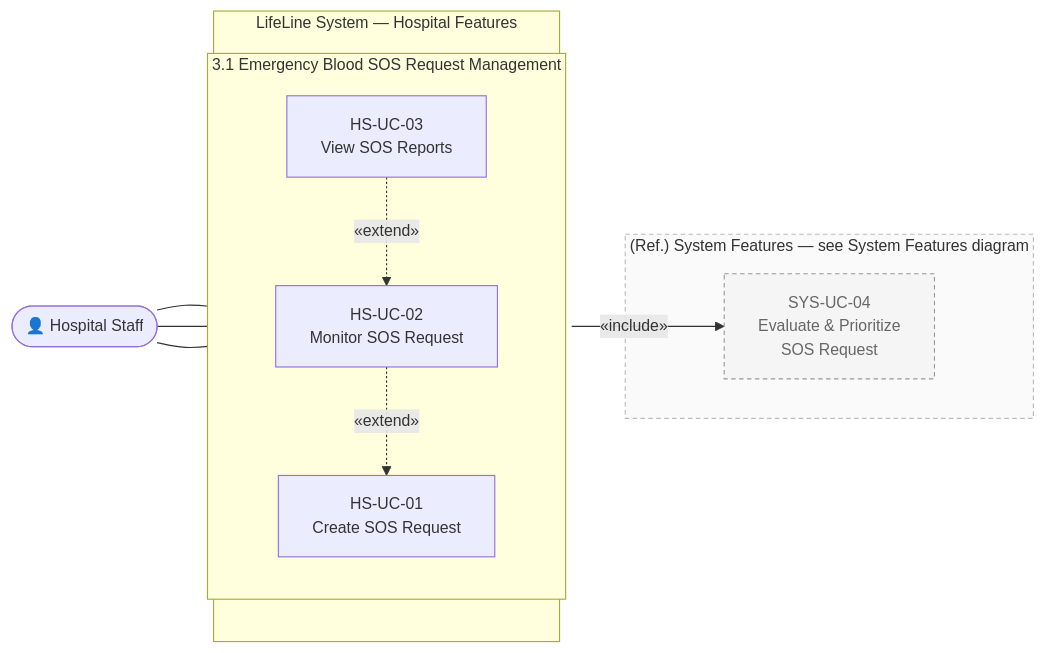
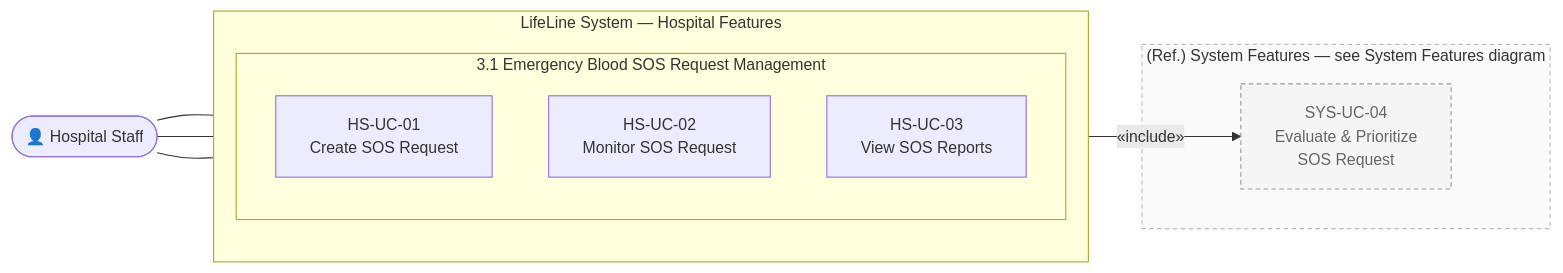
One commit to takiet2410-hub/SE-LifeLine-Project changed the third of 6 diagrams in src/StakeholderDocuments/UseCaseSpec.md. Above: the diagram before and after it, drawn with Mermaid. The commit also changed other lines of this file and 3 other files, not shown here.

````diff
--- a/src/StakeholderDocuments/UseCaseSpec.md
+++ b/src/StakeholderDocuments/UseCaseSpec.md
@@ -399,42 +380,39 @@
 ```mermaid
 
 %%{init: {'theme': 'default', 'themeVariables': {'fontSize': '14px'}}}%%
 graph LR
     %% ── Actors ──────────────────────────────────────────
     HS(["👤 Hospital Staff"])
 
     subgraph SYS ["LifeLine System — Hospital Features"]
         direction TB
 
         subgraph SOS ["3.1 Emergency Blood SOS Request Management"]
             HSUC01["HS-UC-01<br>Create SOS Request"]
             HSUC02["HS-UC-02<br>Monitor SOS Request"]
             HSUC03["HS-UC-03<br>View SOS Reports"]
         end
     end
 
     %% ── External reference use case (declared as «include» target ──
     %% ── inside HS-UC-01, but formally specified under System Features) ─
     subgraph EXT ["(Ref.) System Features — see System Features diagram"]
         SYSUC04["SYS-UC-04<br>Evaluate & Prioritize<br>SOS Request"]
     end
 
     %% ── Actor associations ──────────────────────────────
     HS --- HSUC01
     HS --- HSUC02
     HS --- HSUC03
 
     %% ── Relationships ───────────────────────────────────
 
-    %% include
+    %% include (Bắt buộc phải chạy khi Create SOS Request)
     HSUC01 -- "«include»" --> SYSUC04
 
-    %% extend  (arrow points from the extending UC to its base UC)
-    HSUC02 -. "«extend»" .-> HSUC01
-    HSUC03 -. "«extend»" .-> HSUC02
 
     %% ── Styling for out-of-scope reference nodes ────────
     classDef extRef fill:#f5f5f5,stroke:#999,stroke-dasharray: 4 3,color:#666;
     class SYSUC04 extRef;
     style EXT fill:#fafafa,stroke:#bbb,stroke-dasharray: 4 3;
 ```
````
